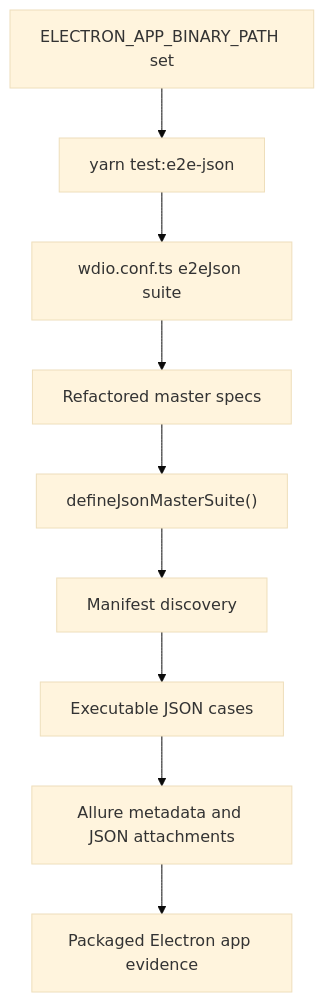
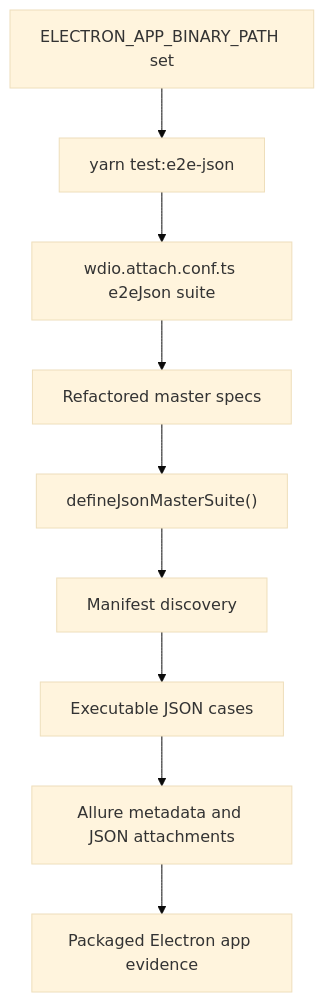
The diagram in docs/json-refactor-changes.md (bek4466/WDIO-electron-framework), drawn with Mermaid (base theme) before and after one commit. The commit also changed 8 other files, not shown here.

````diff
--- a/docs/json-refactor-changes.md
+++ b/docs/json-refactor-changes.md
@@ -11,11 +11,11 @@
 ```mermaid
 flowchart TD
   A["ELECTRON_APP_BINARY_PATH set"] --> B["yarn test:e2e-json"]
-  B --> C["wdio.conf.ts e2eJson suite"]
+  B --> C["wdio.attach.conf.ts e2eJson suite"]
   C --> D["Refactored master specs"]
   D --> E["defineJsonMasterSuite()"]
   E --> F["Manifest discovery"]
   F --> G["Executable JSON cases"]
   G --> H["Allure metadata and JSON attachments"]
   H --> I["Packaged Electron app evidence"]
 ```
````
